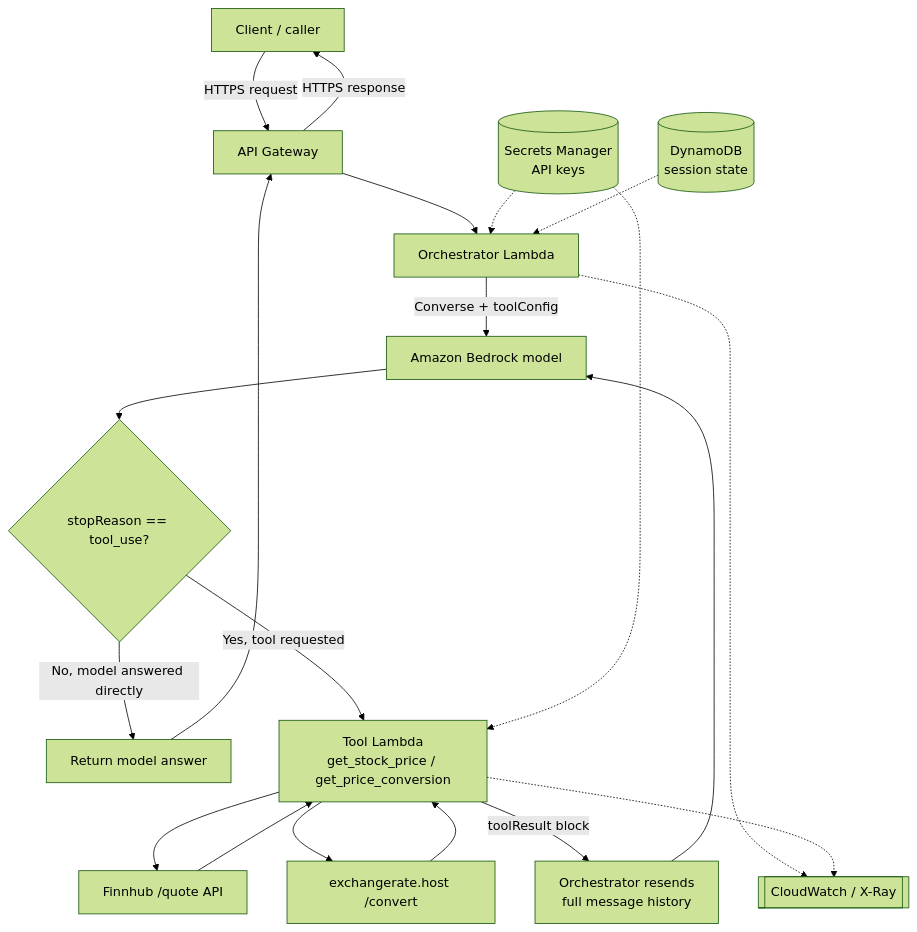
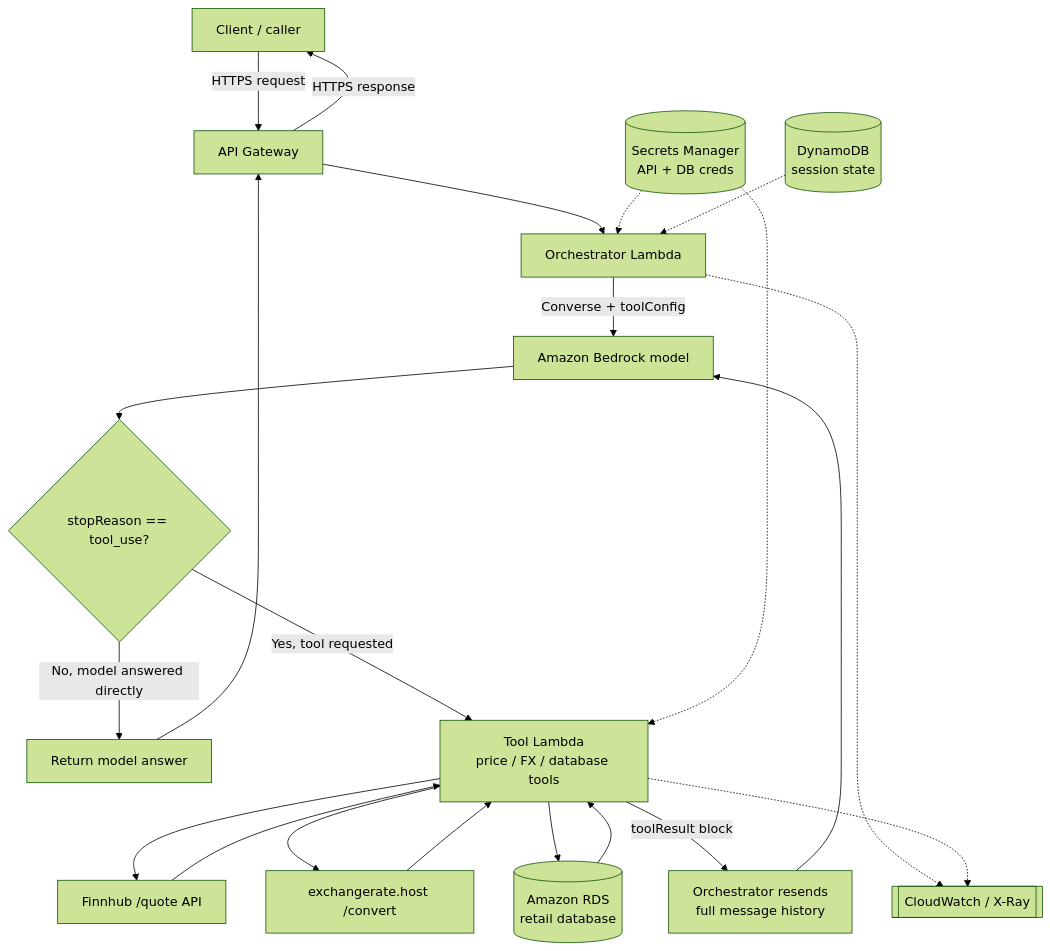
One commit to KiranGunturu/GenAI changed the second of 2 diagrams in ToolCalling/README.md. Above: the diagram before and after it, drawn with Mermaid (forest theme). The commit also changed other lines of this file and 5 other files, not shown here.

````diff
--- a/ToolCalling/README.md
+++ b/ToolCalling/README.md
@@ -284,25 +352,27 @@
 ```mermaid
 flowchart TD
     U[Client / caller] -->|HTTPS request| AGW[API Gateway]
     AGW --> ORCH[Orchestrator Lambda]
 
     ORCH -->|Converse + toolConfig| BR[Amazon Bedrock model]
     BR --> DEC{stopReason == tool_use?}
 
     DEC -- No, model answered directly --> OUT[Return model answer]
-    DEC -- Yes, tool requested --> TL[Tool Lambda<br/>get_stock_price / get_price_conversion]
+    DEC -- Yes, tool requested --> TL[Tool Lambda<br/>price / FX / database tools]
     TL --> FH[Finnhub /quote API]
     TL --> EX[exchangerate.host /convert]
+    TL --> RDS[(Amazon RDS<br/>retail database)]
     FH --> TL
     EX --> TL
+    RDS --> TL
     TL -->|toolResult block| ORCH2[Orchestrator resends<br/>full message history]
     ORCH2 --> BR
     OUT --> AGW
     AGW -->|HTTPS response| U
 
-    SM[(Secrets Manager<br/>API keys)] -.-> ORCH
+    SM[(Secrets Manager<br/>API + DB creds)] -.-> ORCH
     SM -.-> TL
     DDB[(DynamoDB<br/>session state)] -.-> ORCH
     ORCH -.-> CW[[CloudWatch / X-Ray]]
     TL -.-> CW
 ```
````
